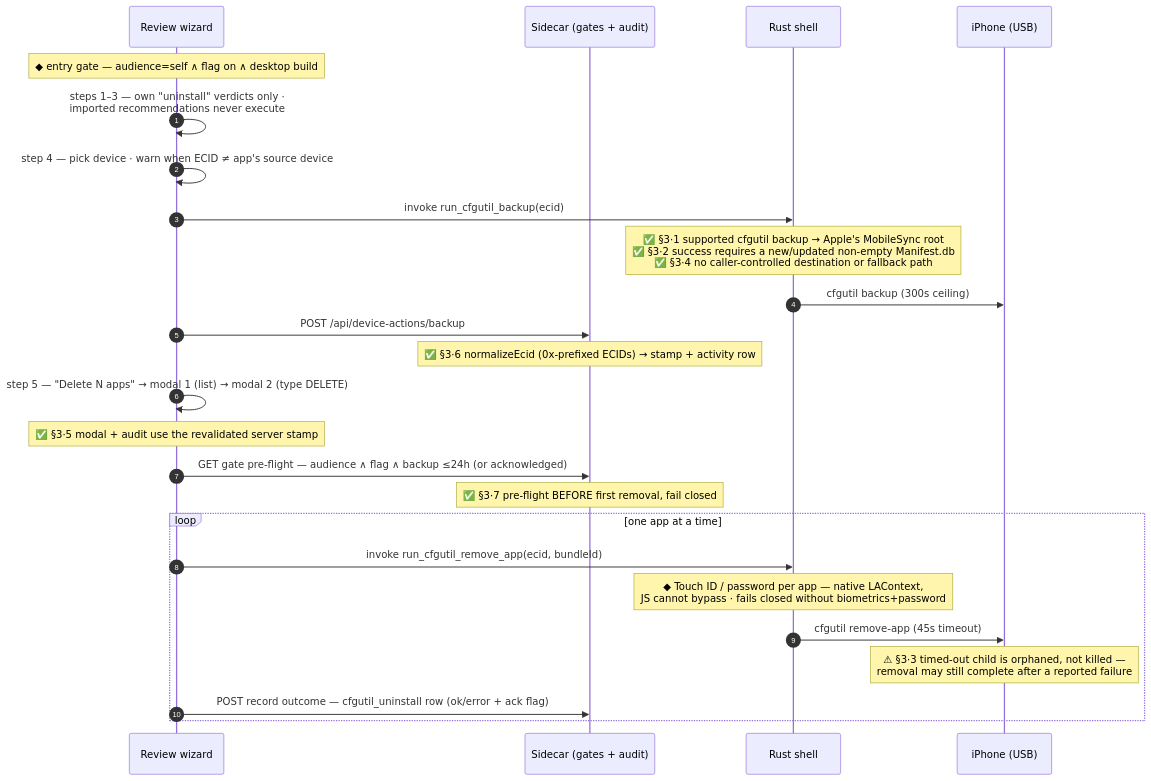
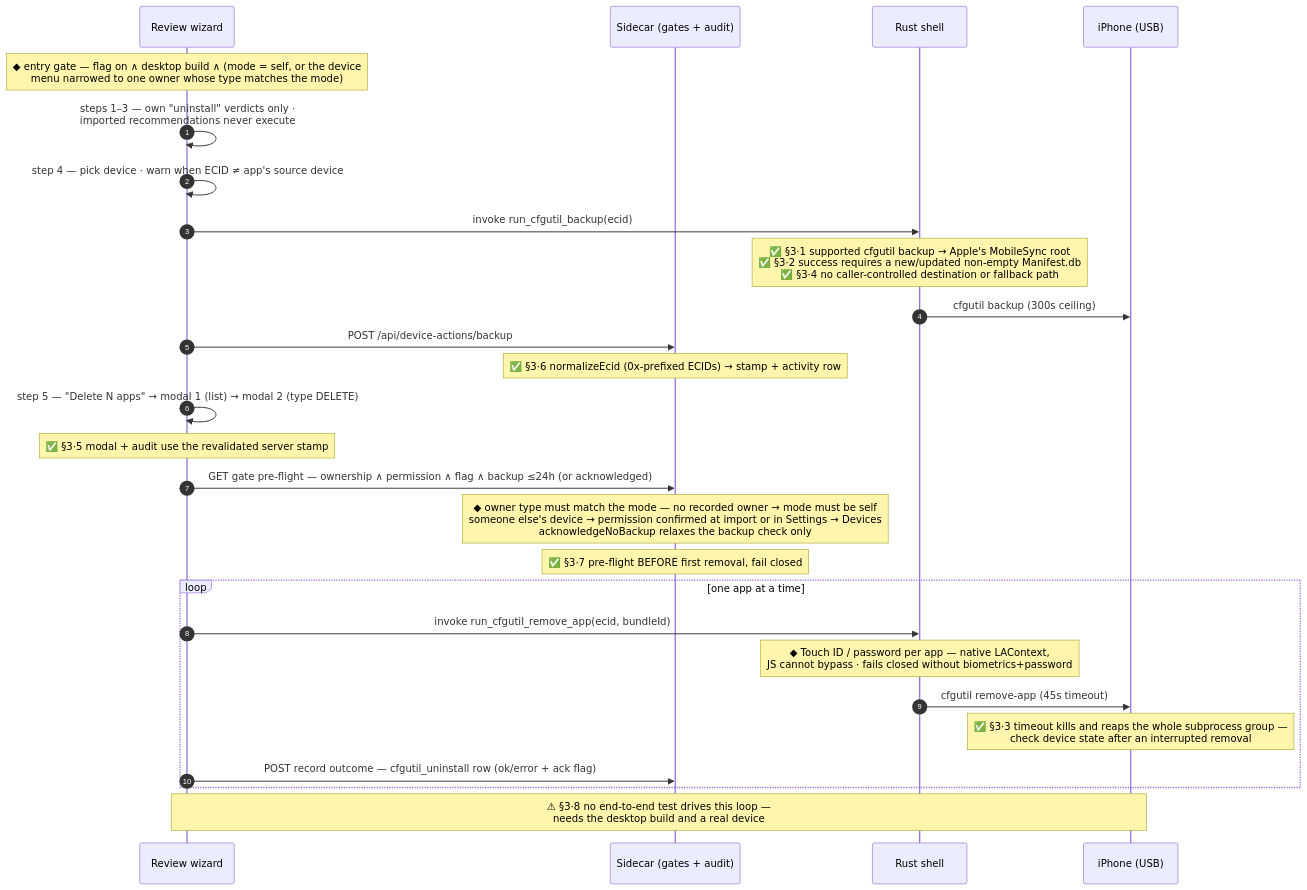
The fourth of 8 diagrams in docs/ARCHITECTURE.md (privacykey/privacytracker), drawn with Mermaid before and after one commit. The commit also changed other lines of this file and 1 other file, not shown here.

First line of the commit message:
docs: bring ARCHITECTURE.md up to date with device ownership

````diff
--- a/docs/ARCHITECTURE.md
+++ b/docs/ARCHITECTURE.md
@@ -136,28 +148,30 @@
 ```mermaid
 sequenceDiagram
   autonumber
   participant WIZ as Review wizard
   participant API as Sidecar (gates + audit)
   participant SH as Rust shell
   participant PH as iPhone (USB)
 
-  Note over WIZ: ◆ entry gate — audience=self ∧ flag on ∧ desktop build
+  Note over WIZ: ◆ entry gate — flag on ∧ desktop build ∧ (mode = self, or the device<br/>menu narrowed to one owner whose type matches the mode)
   WIZ->>WIZ: steps 1–3 — own "uninstall" verdicts only ·<br/>imported recommendations never execute
   WIZ->>WIZ: step 4 — pick device · warn when ECID ≠ app's source device
   WIZ->>SH: invoke run_cfgutil_backup(ecid)
   Note over SH: ✅ §3·1 supported cfgutil backup → Apple's MobileSync root<br/>✅ §3·2 success requires a new/updated non-empty Manifest.db<br/>✅ §3·4 no caller-controlled destination or fallback path
   SH->>PH: cfgutil backup (300s ceiling)
   WIZ->>API: POST /api/device-actions/backup
   Note over API: ✅ §3·6 normalizeEcid (0x-prefixed ECIDs) → stamp + activity row
   WIZ->>WIZ: step 5 — "Delete N apps" → modal 1 (list) → modal 2 (type DELETE)
   Note over WIZ: ✅ §3·5 modal + audit use the revalidated server stamp
-  WIZ->>API: GET gate pre-flight — audience ∧ flag ∧ backup ≤24h (or acknowledged)
+  WIZ->>API: GET gate pre-flight — ownership ∧ permission ∧ flag ∧ backup ≤24h (or acknowledged)
+  Note over API: ◆ owner type must match the mode — no recorded owner → mode must be self<br/>someone else's device → permission confirmed at import or in Settings → Devices<br/>acknowledgeNoBackup relaxes the backup check only
   Note over API: ✅ §3·7 pre-flight BEFORE first removal, fail closed
   loop one app at a time
     WIZ->>SH: invoke run_cfgutil_remove_app(ecid, bundleId)
     Note over SH: ◆ Touch ID / password per app — native LAContext,<br/>JS cannot bypass · fails closed without biometrics+password
     SH->>PH: cfgutil remove-app (45s timeout)
-    Note over PH: ⚠ §3·3 timed-out child is orphaned, not killed —<br/>removal may still complete after a reported failure
+    Note over PH: ✅ §3·3 timeout kills and reaps the whole subprocess group —<br/>check device state after an interrupted removal
     WIZ->>API: POST record outcome — cfgutil_uninstall row (ok/error + ack flag)
   end
+  Note over WIZ,PH: ⚠ §3·8 no end-to-end test drives this loop —<br/>needs the desktop build and a real device
 ```
````
